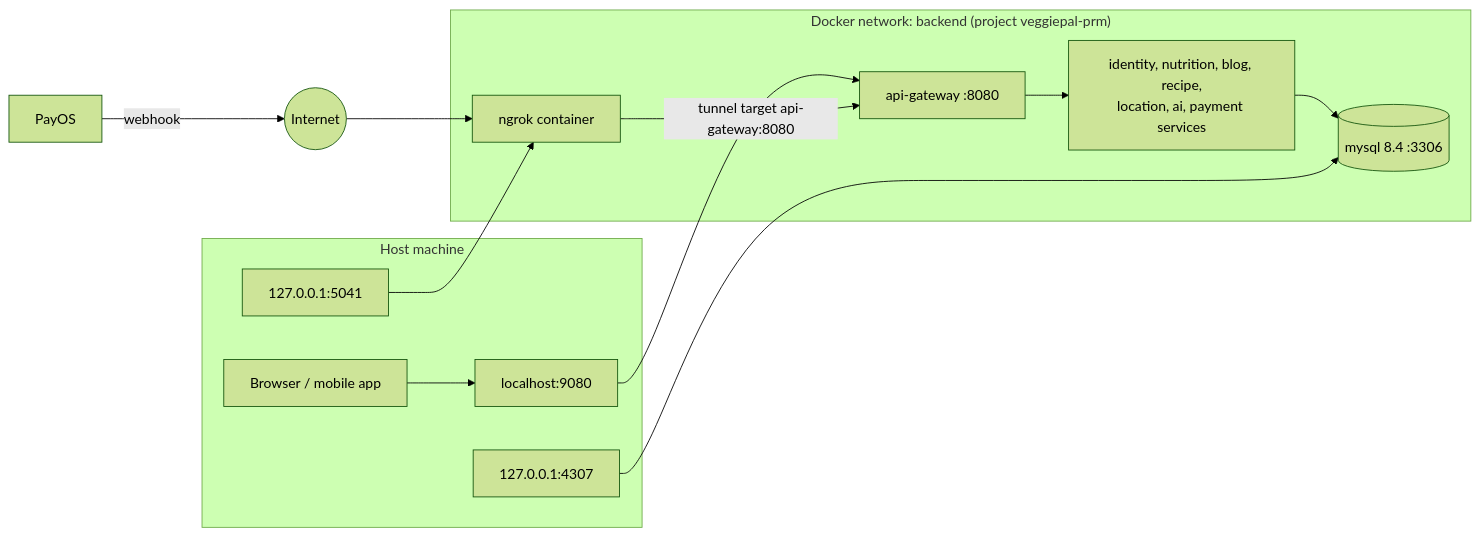
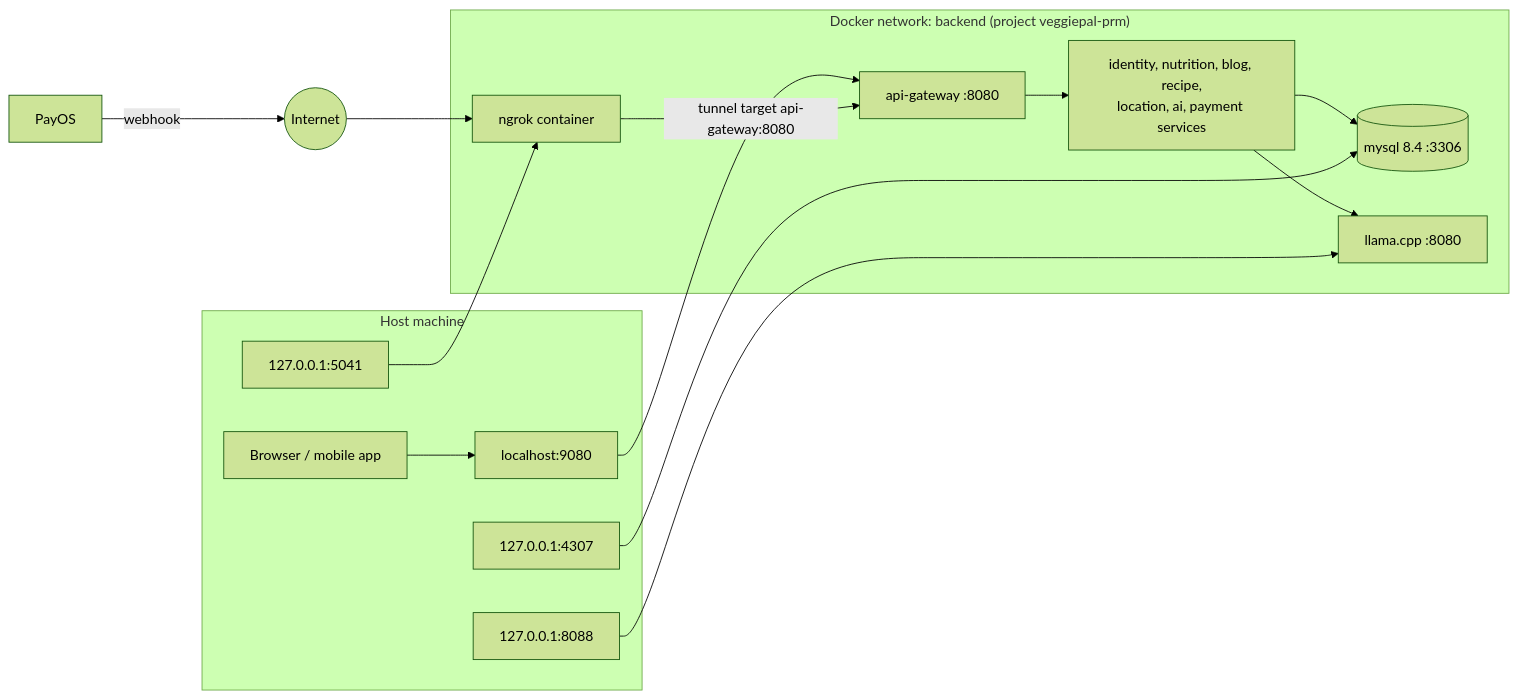
One commit to Phu0312/VeggiePal-Microservice changed the fifth of 19 diagrams in docs/PRM_CAPSTONE.md. Above: the diagram before and after it, drawn with Mermaid (forest theme). The commit also changed other lines of this file and 64 other files, not shown here.

````diff
--- a/docs/PRM_CAPSTONE.md
+++ b/docs/PRM_CAPSTONE.md
@@ -434,27 +437,31 @@
 ```mermaid
 flowchart LR
     subgraph HOST["Host machine"]
         BR["Browser / mobile app"]
         P1["localhost:9080"]
         P2["127.0.0.1:4307"]
         P3["127.0.0.1:5041"]
+        P4["127.0.0.1:8088"]
     end
 
     subgraph NET["Docker network: backend (project veggiepal-prm)"]
         GW["api-gateway :8080"]
         SVC["identity, nutrition, blog, recipe,<br/>location, ai, payment services"]
         MY[("mysql 8.4 :3306")]
         NG["ngrok container"]
+        LL["llama.cpp :8080"]
     end
 
     INET(("Internet"))
     PAYOS["PayOS"]
 
     BR --> P1 --> GW
     GW --> SVC
     SVC --> MY
+    SVC --> LL
+    P4 --> LL
     P2 --> MY
     P3 --> NG
     NG -- "tunnel target api-gateway:8080" --> GW
     PAYOS -- "webhook" --> INET --> NG
 ```
````
